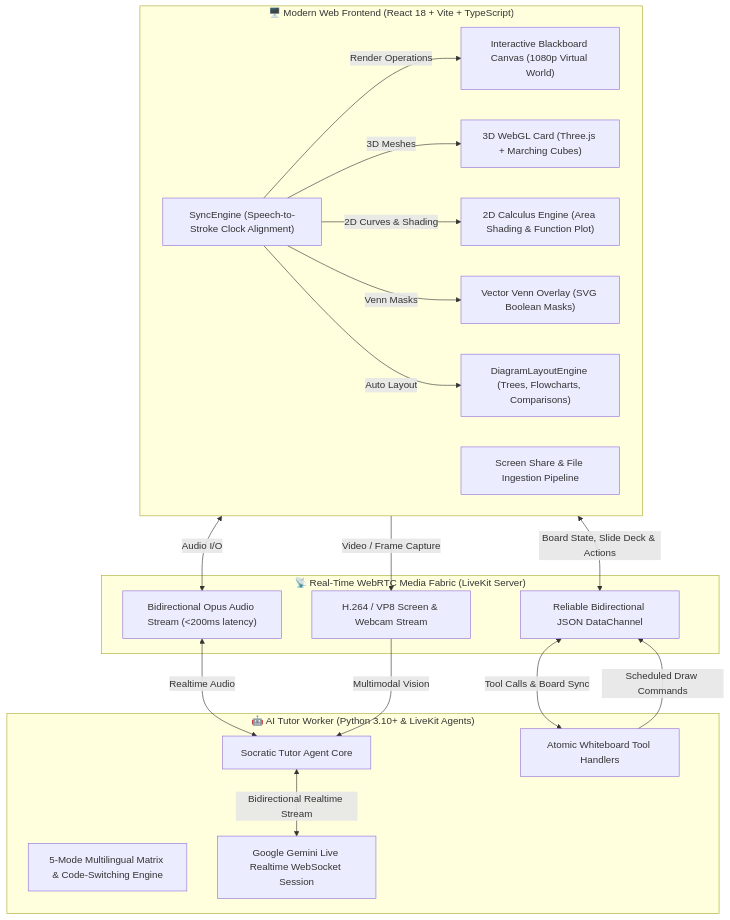
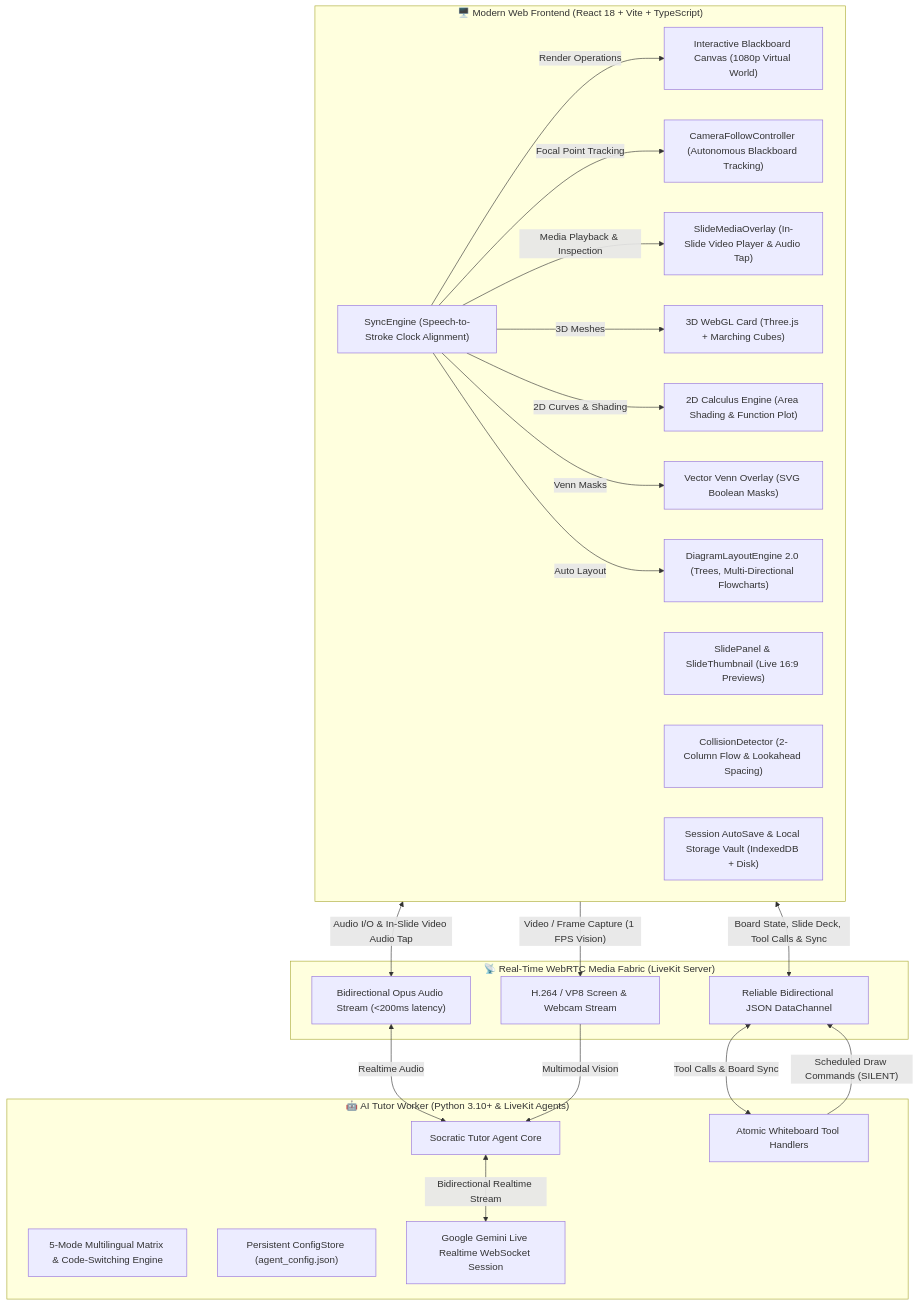
One commit to MONaser04/Zyren-AI-Tutor changed the diagram in README.md. Above: the diagram before and after it, drawn with Mermaid. The commit also changed other lines of this file and 7 other files, not shown here.

````diff
--- a/README.md
+++ b/README.md
@@ -41,41 +43,48 @@
 ```mermaid
 flowchart TB
     subgraph Client ["🖥️ Modern Web Frontend (React 18 + Vite + TypeScript)"]
         UI["Interactive Blackboard Canvas (1080p Virtual World)"]
+        CamCtrl["CameraFollowController (Autonomous Blackboard Tracking)"]
+        MediaLayer["SlideMediaOverlay (In-Slide Video Player & Audio Tap)"]
+        ThumbStrip["SlidePanel & SlideThumbnail (Live 16:9 Previews)"]
         GLOverlay["3D WebGL Card (Three.js + Marching Cubes)"]
         GraphOverlay["2D Calculus Engine (Area Shading & Function Plot)"]
         VennEngine["Vector Venn Overlay (SVG Boolean Masks)"]
-        DiagramEngine["DiagramLayoutEngine (Trees, Flowcharts, Comparisons)"]
+        DiagramEngine["DiagramLayoutEngine 2.0 (Trees, Multi-Directional Flowcharts)"]
+        CollisionEng["CollisionDetector (2-Column Flow & Lookahead Spacing)"]
         SyncEngine["SyncEngine (Speech-to-Stroke Clock Alignment)"]
-        VisionStream["Screen Share & File Ingestion Pipeline"]
+        VaultClient["Session AutoSave & Local Storage Vault (IndexedDB + Disk)"]
     end
 
     subgraph Transport ["📡 Real-Time WebRTC Media Fabric (LiveKit Server)"]
         AudioTrack["Bidirectional Opus Audio Stream (<200ms latency)"]
         VideoTrack["H.264 / VP8 Screen & Webcam Stream"]
         DataChannel["Reliable Bidirectional JSON DataChannel"]
     end
 
     subgraph Agent ["🤖 AI Tutor Worker (Python 3.10+ & LiveKit Agents)"]
         TutorCore["Socratic Tutor Agent Core"]
         PromptEngine["5-Mode Multilingual Matrix & Code-Switching Engine"]
+        ConfigStore["Persistent ConfigStore (agent_config.json)"]
         ToolExecutor["Atomic Whiteboard Tool Handlers"]
         GeminiWS["Google Gemini Live Realtime WebSocket Session"]
     end
 
-    Client <-->|"Audio I/O"| AudioTrack
-    Client -->|"Video / Frame Capture"| VideoTrack
-    Client <-->|"Board State, Slide Deck & Actions"| DataChannel
+    Client <-->|"Audio I/O & In-Slide Video Audio Tap"| AudioTrack
+    Client -->|"Video / Frame Capture (1 FPS Vision)"| VideoTrack
+    Client <-->|"Board State, Slide Deck, Tool Calls & Sync"| DataChannel
 
     AudioTrack <-->|"Realtime Audio"| TutorCore
     VideoTrack -->|"Multimodal Vision"| TutorCore
     DataChannel <-->|"Tool Calls & Board Sync"| ToolExecutor
 
     TutorCore <-->|"Bidirectional Realtime Stream"| GeminiWS
-    ToolExecutor -->|"Scheduled Draw Commands"| DataChannel
+    ToolExecutor -->|"Scheduled Draw Commands (SILENT)"| DataChannel
     SyncEngine -->|"Render Operations"| UI
+    SyncEngine -->|"Focal Point Tracking"| CamCtrl
+    SyncEngine -->|"Media Playback & Inspection"| MediaLayer
     SyncEngine -->|"3D Meshes"| GLOverlay
     SyncEngine -->|"2D Curves & Shading"| GraphOverlay
     SyncEngine -->|"Venn Masks"| VennEngine
     SyncEngine -->|"Auto Layout"| DiagramEngine
 ```
````
